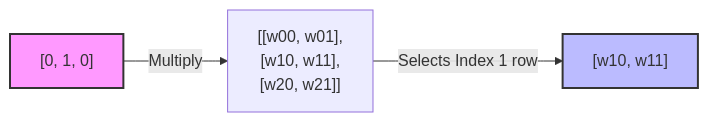
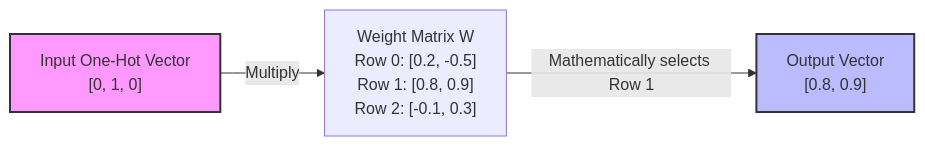
Before and after one commit to Nagaraj17/ai-learning-lab: the diagram in topics/03 - LM - One-Hot Encoding.md, drawn with Mermaid. The commit also changed other lines of this file and 36 other files, not shown here.

````diff
--- a/topics/03 - LM - One-Hot Encoding.md
+++ b/topics/03 - LM - One-Hot Encoding.md
@@ -20,8 +26,8 @@
 ```mermaid
 graph LR
-    x["[0, 1, 0]"] -->|Multiply| W["[[w00, w01],<br>[w10, w11],<br>[w20, w21]]"]
-    W -->|Selects Index 1 row| Out["[w10, w11]"]
+    x["Input One-Hot Vector<br>[0, 1, 0]"] -->|Multiply| W["Weight Matrix W<br>Row 0: [0.2, -0.5]<br>Row 1: [0.8, 0.9]<br>Row 2: [-0.1, 0.3]"]
+    W -->|Mathematically selects Row 1| Out["Output Vector<br>[0.8, 0.9]"]
     
     style x fill:#f9f,stroke:#333,stroke-width:2px
     style Out fill:#bbf,stroke:#333,stroke-width:2px
 ```
````
